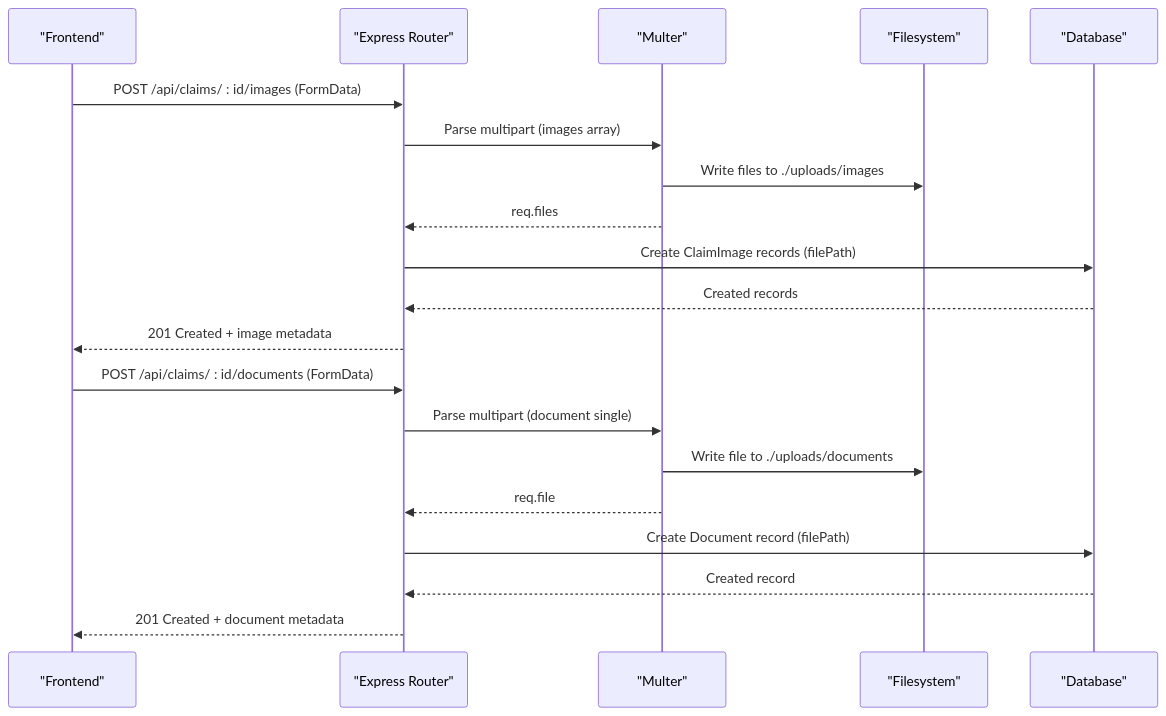
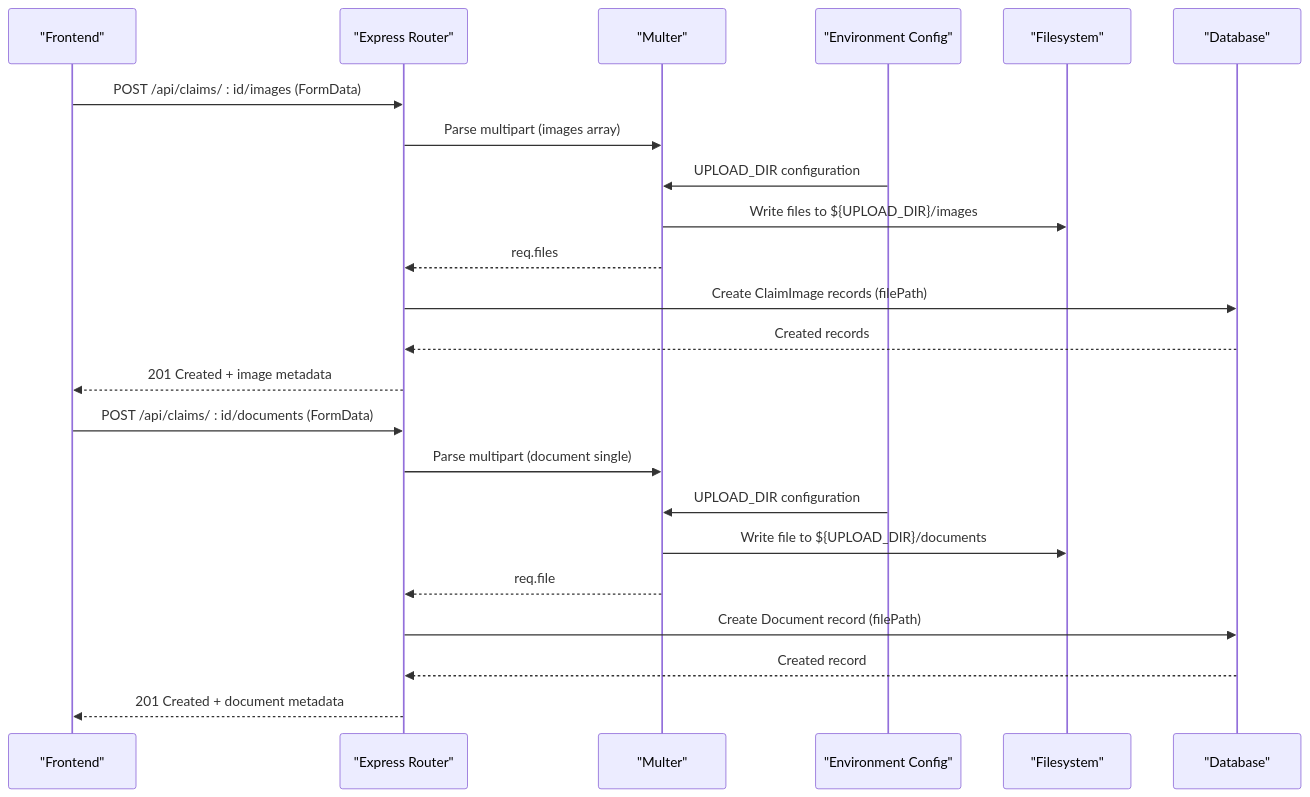
The second of 3 diagrams in .qoder/repowiki/en/content/File Upload & Storage.md (NaveenHiranya/Smart-Vehicle-Insurance-Claim-System), drawn with Mermaid before and after one commit. The commit also changed other lines of this file and 65 other files, not shown here.

````diff
--- a/.qoder/repowiki/en/content/File Upload & Storage.md
+++ b/.qoder/repowiki/en/content/File Upload & Storage.md
@@ -88,22 +98,25 @@
 ```mermaid
 sequenceDiagram
 participant FE as "Frontend"
 participant API as "Express Router"
 participant M as "Multer"
+participant ENV as "Environment Config"
 participant FS as "Filesystem"
 participant DB as "Database"
 FE->>API : POST /api/claims/ : id/images (FormData)
 API->>M : Parse multipart (images array)
-M->>FS : Write files to ./uploads/images
+ENV->>M : UPLOAD_DIR configuration
+M->>FS : Write files to ${UPLOAD_DIR}/images
 M-->>API : req.files
 API->>DB : Create ClaimImage records (filePath)
 DB-->>API : Created records
 API-->>FE : 201 Created + image metadata
 FE->>API : POST /api/claims/ : id/documents (FormData)
 API->>M : Parse multipart (document single)
-M->>FS : Write file to ./uploads/documents
+ENV->>M : UPLOAD_DIR configuration
+M->>FS : Write file to ${UPLOAD_DIR}/documents
 M-->>API : req.file
 API->>DB : Create Document record (filePath)
 DB-->>API : Created record
 API-->>FE : 201 Created + document metadata
 ```
````
